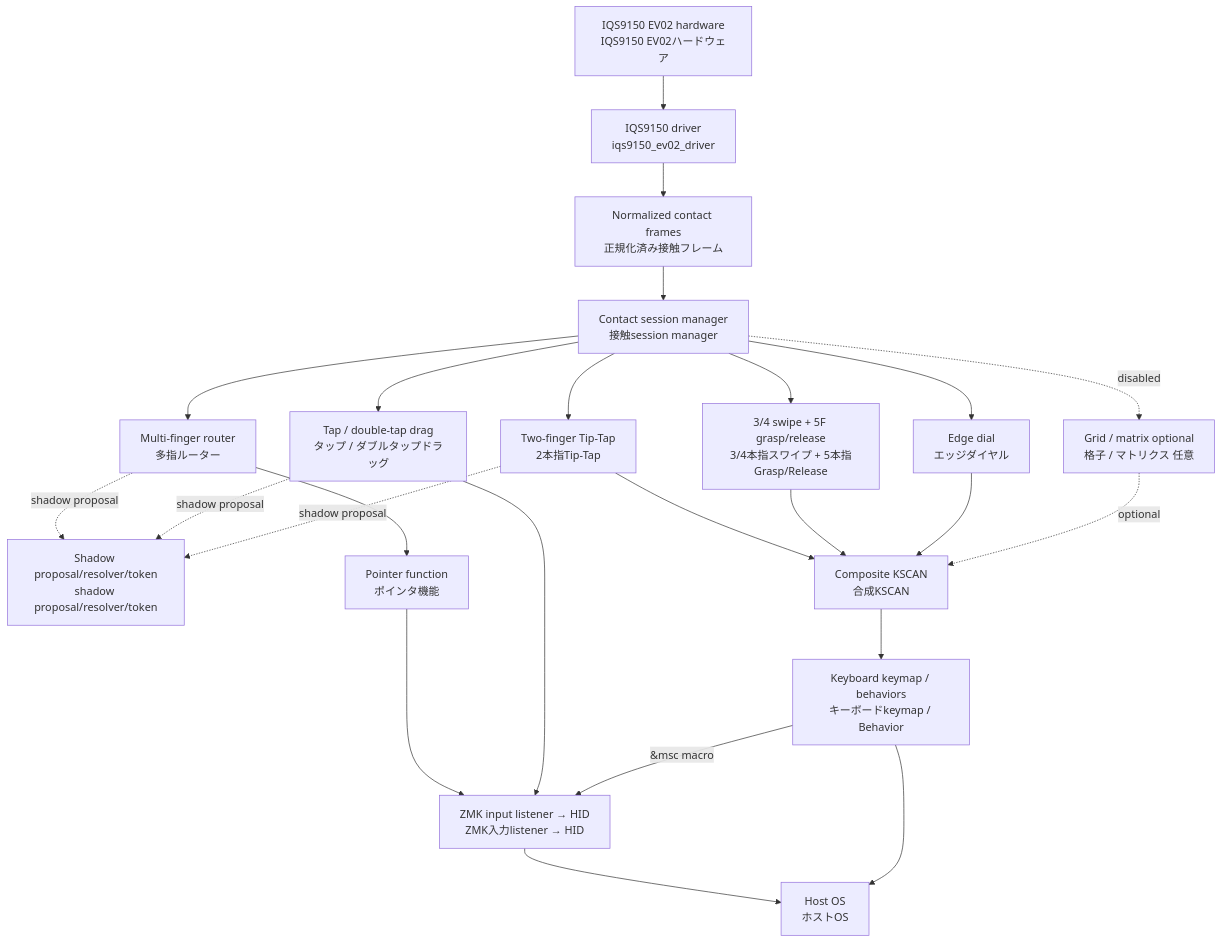
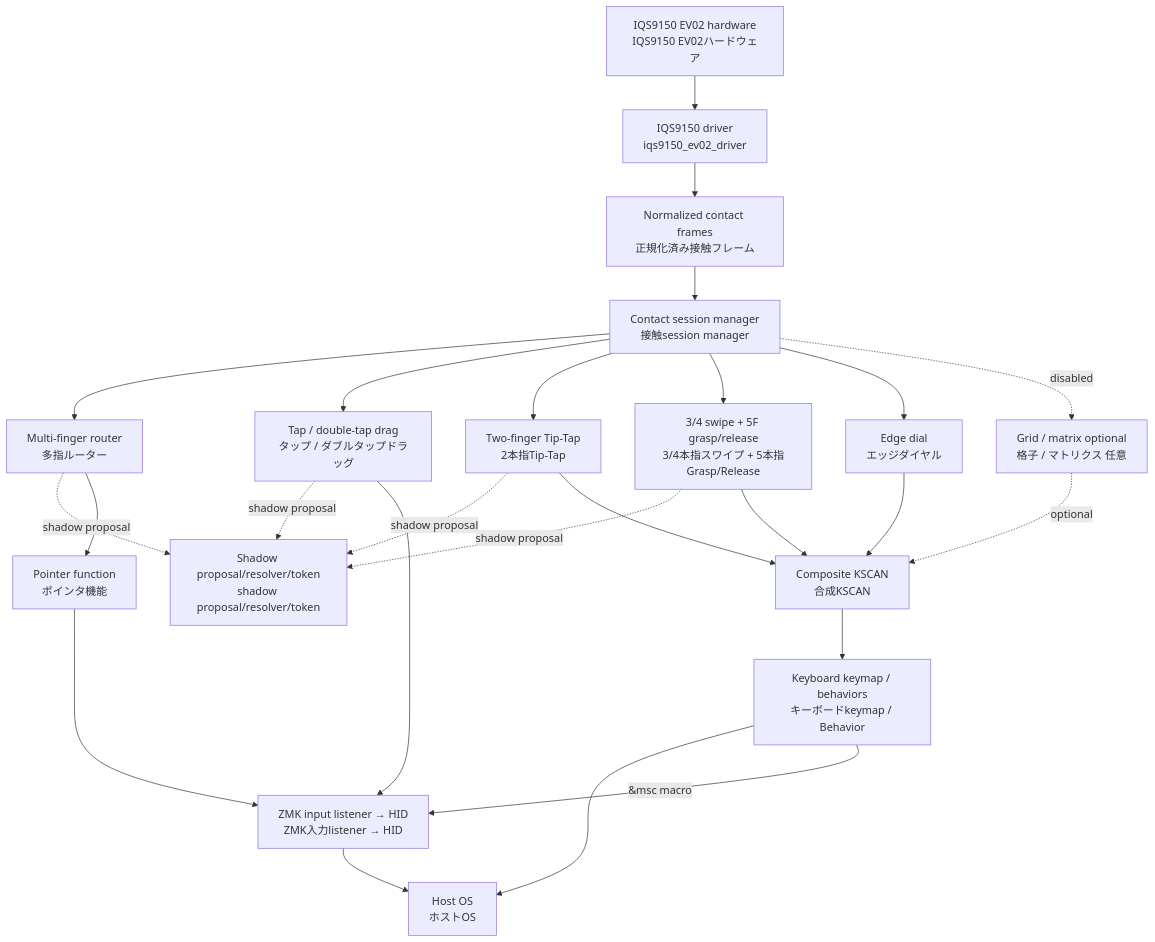
The diagram in docs/architecture-and-tuning.md (taichan1113/zmk-config-travelers_pad), drawn with Mermaid before and after one commit. The commit also changed other lines of this file and 2 other files, not shown here.

Commit message:
feat: shadow multifinger gesture arbitration

````diff
--- a/docs/architecture-and-tuning.md
+++ b/docs/architecture-and-tuning.md
@@ -13,37 +13,38 @@
 ```mermaid
 flowchart TD
     HW[IQS9150 EV02 hardware<br/>IQS9150 EV02ハードウェア]
     DRV[IQS9150 driver<br/>iqs9150_ev02_driver]
     RAW[Normalized contact frames<br/>正規化済み接触フレーム]
     SESSION[Contact session manager<br/>接触session manager]
     SHADOW[Shadow proposal/resolver/token<br/>shadow proposal/resolver/token]
     ROUTER[Multi-finger router<br/>多指ルーター]
     PTR[Pointer function<br/>ポインタ機能]
     TAP[Tap / double-tap drag<br/>タップ / ダブルタップドラッグ]
     TIP[Two-finger Tip-Tap<br/>2本指Tip-Tap]
     MF[3/4 swipe + 5F grasp/release<br/>3/4本指スワイプ + 5本指Grasp/Release]
     EDGE[Edge dial<br/>エッジダイヤル]
     GRID[Grid / matrix optional<br/>格子 / マトリクス 任意]
     HID[ZMK input listener → HID<br/>ZMK入力listener → HID]
     COMP[Composite KSCAN<br/>合成KSCAN]
     KEYMAP[Keyboard keymap / behaviors<br/>キーボードkeymap / Behavior]
     HOST[Host OS<br/>ホストOS]
 
     HW --> DRV --> RAW --> SESSION
     SESSION --> ROUTER
     SESSION --> TAP
     SESSION --> TIP
     SESSION --> MF
     SESSION --> EDGE
     SESSION -. disabled .-> GRID
     ROUTER -. shadow proposal .-> SHADOW
     TAP -. shadow proposal .-> SHADOW
     TIP -. shadow proposal .-> SHADOW
+    MF -. shadow proposal .-> SHADOW
     ROUTER --> PTR --> HID --> HOST
     TAP --> HID
     TIP --> COMP
     MF --> COMP --> KEYMAP --> HOST
     EDGE --> COMP
     GRID -. optional .-> COMP
     KEYMAP -->|&msc macro| HID
 ```
````
